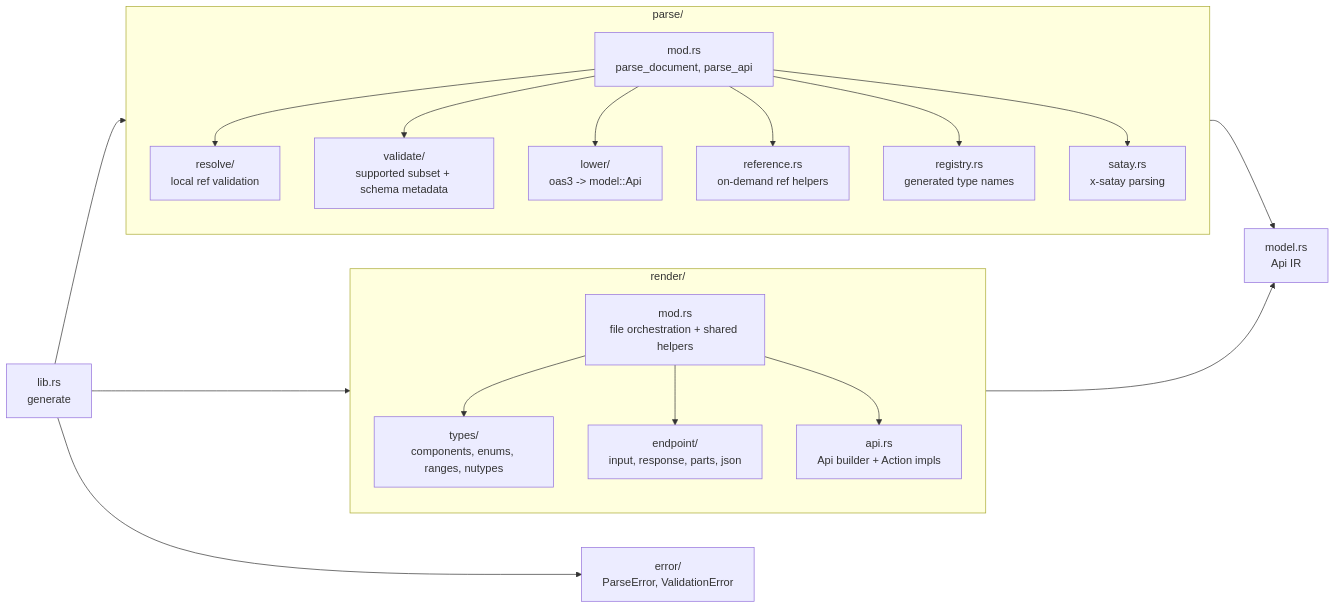
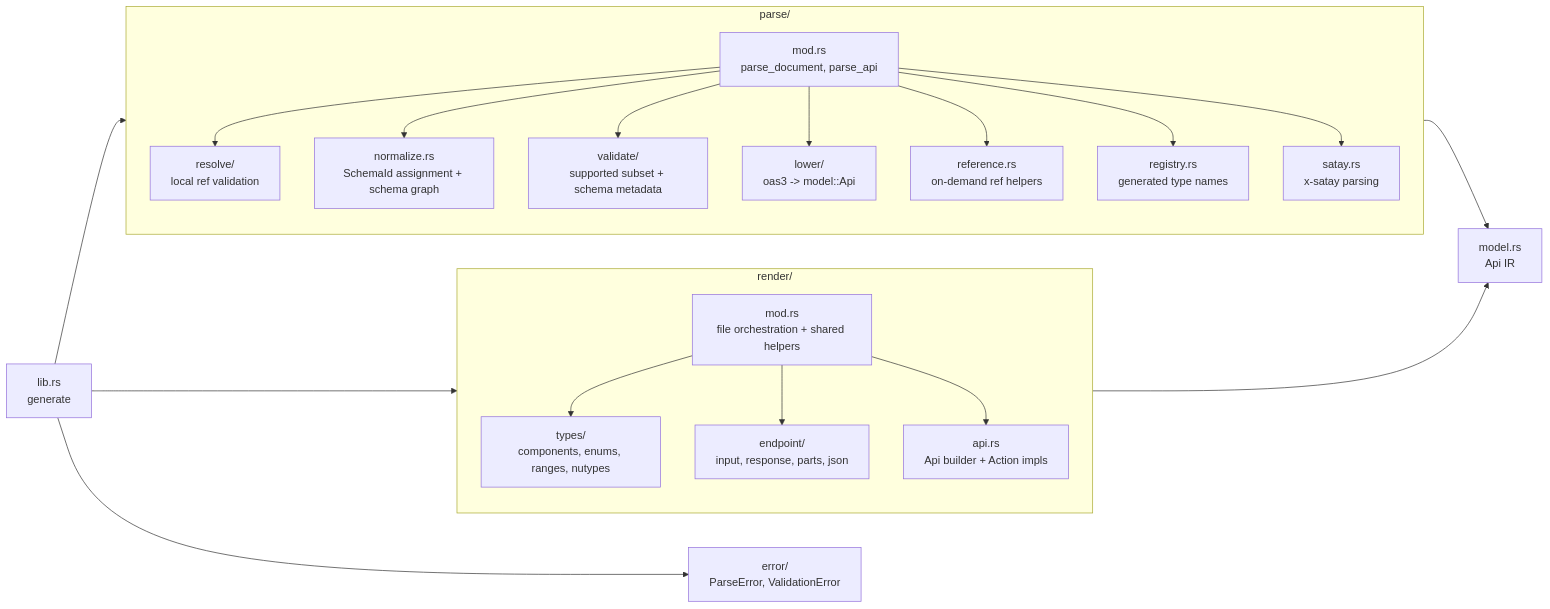
The second of 7 diagrams in ARCHITECTURE.md (zeon256/satay-rs), drawn with Mermaid before and after one commit. The commit also changed other lines of this file and 9 other files, not shown here.

Commit message:
feat: normalize schema

````diff
--- a/ARCHITECTURE.md
+++ b/ARCHITECTURE.md
@@ -36,36 +38,38 @@
 ```mermaid
 flowchart LR
     lib["lib.rs<br/>generate"] --> parse
     lib --> render
     lib --> error
     parse --> model
     render --> model
 
     subgraph parse["parse/"]
         parseMod["mod.rs<br/>parse_document, parse_api"] --> resolve
+        parseMod --> normalize
         parseMod --> validate
         parseMod --> lower
         parseMod --> reference
         parseMod --> registry
         parseMod --> satay
 
         resolve["resolve/<br/>local ref validation"]
+        normalize["normalize.rs<br/>SchemaId assignment + schema graph"]
         reference["reference.rs<br/>on-demand ref helpers"]
         validate["validate/<br/>supported subset + schema metadata"]
         lower["lower/<br/>oas3 -> model::Api"]
         registry["registry.rs<br/>generated type names"]
         satay["satay.rs<br/>x-satay parsing"]
     end
 
     subgraph render["render/"]
         renderMod["mod.rs<br/>file orchestration + shared helpers"] --> renderTypes
         renderMod --> renderEndpoint
         renderMod --> renderApi
         renderTypes["types/<br/>components, enums, ranges, nutypes"]
         renderEndpoint["endpoint/<br/>input, response, parts, json"]
         renderApi["api.rs<br/>Api builder + Action impls"]
     end
 
     model["model.rs<br/>Api IR"]
     error["error/<br/>ParseError, ValidationError"]
 ```
````
